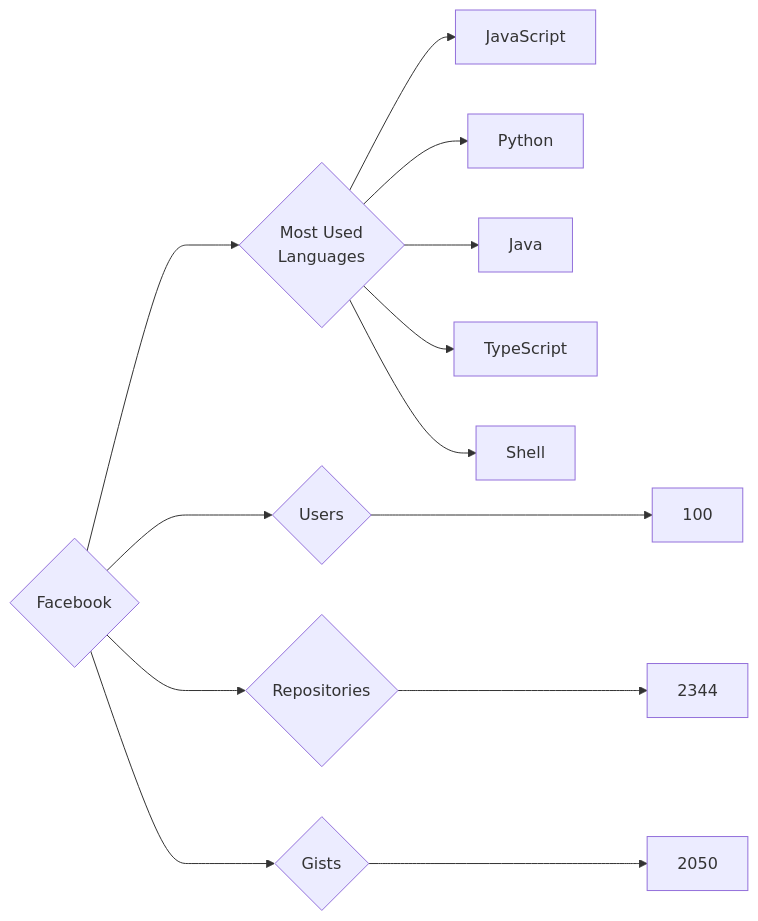
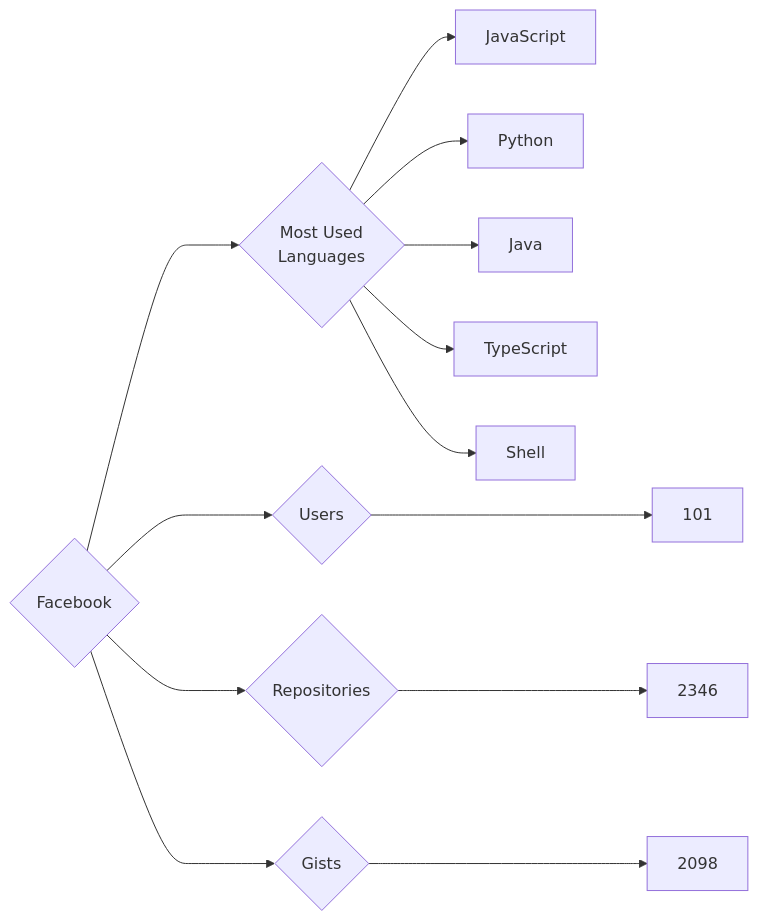
One commit to trickest/insiders changed the diagram in targets/Facebook/README.md. Above: the diagram before and after it, drawn with Mermaid. The commit also changed 1030 other files, not shown here.

````diff
--- a/targets/Facebook/README.md
+++ b/targets/Facebook/README.md
@@ -3,13 +3,13 @@
 ```mermaid
 graph LR
 COMPANY_NAME{Facebook}
-COMPANY_NAME ---> U{Users} ---> UN[100]
-COMPANY_NAME ---> R{Repositories} ---> RN[2344]
-COMPANY_NAME ---> G{Gists} ---> GN[2050]
+COMPANY_NAME ---> U{Users} ---> UN[101]
+COMPANY_NAME ---> R{Repositories} ---> RN[2346]
+COMPANY_NAME ---> G{Gists} ---> GN[2098]
 COMPANY_NAME ---> ML{Most Used<br>Languages}
 ML --> JavaScript[JavaScript]
 ML --> Python[Python]
 ML --> Java[Java]
 ML --> TypeScript[TypeScript]
 ML --> Shell[Shell]
 ```
````
